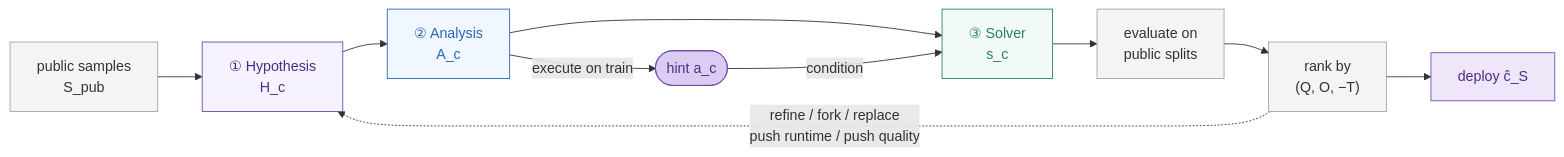
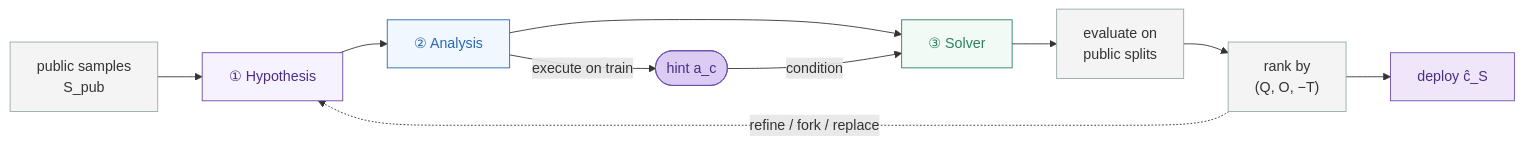
The diagram in README.md (DLFundamentals/Program_Learning), drawn with Mermaid before and after one commit. The commit also changed other lines of this file, not shown here.

````diff
--- a/README.md
+++ b/README.md
@@ -106,20 +117,20 @@
 ```mermaid
 flowchart LR
-    S["public samples<br/>S_pub"]:::data --> H["① Hypothesis<br/>H_c"]:::hyp
-    H --> A["② Analysis<br/>A_c"]:::ana
-    A --> SOL["③ Solver<br/>s_c"]:::sol
+    S["public samples<br/>S_pub"]:::data --> H["① Hypothesis"]:::hyp
+    H --> A["② Analysis"]:::ana
+    A --> SOL["③ Solver"]:::sol
     A -- "execute on train" --> HINT(["hint a_c"]):::hint
     HINT -- "condition" --> SOL
     SOL --> EVAL["evaluate on<br/>public splits"]:::eval
     EVAL --> RANK["rank by<br/>(Q, O, −T)"]:::eval
     RANK --> DEPLOY["deploy ĉ_S"]:::deploy
-    RANK -. "refine / fork / replace<br/>push runtime / push quality" .-> H
+    RANK -. "refine / fork / replace" .-> H
 
     classDef data fill:#f4f4f4,stroke:#9aa,color:#333;
     classDef hyp fill:#f7f2ff,stroke:#6e48aa,color:#4a2e86;
     classDef ana fill:#f0f7ff,stroke:#2b67b0,color:#2b67b0;
     classDef sol fill:#f1faf5,stroke:#2c8060,color:#2c8060;
     classDef hint fill:#dccbf2,stroke:#6d4fb0,color:#4a2e86;
     classDef eval fill:#f4f4f4,stroke:#9aa,color:#333;
     classDef deploy fill:#efe7f9,stroke:#6d4fb0,color:#4a2e86;
 ```
````
